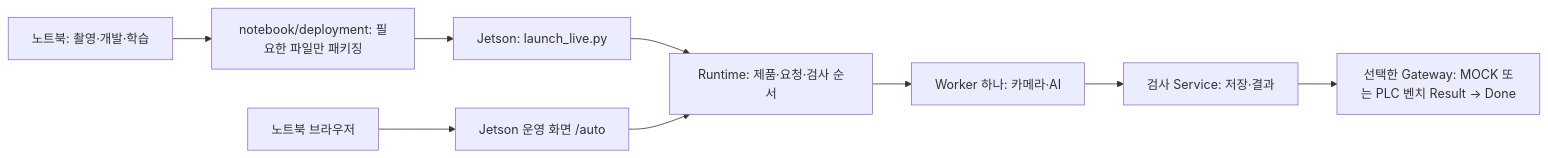
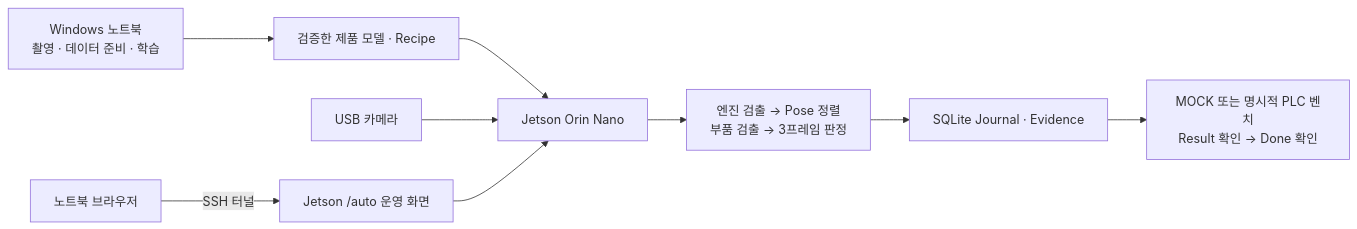
Before and after one commit to tmdgns104/Engine_Assembly_Defect_Inspector: the diagram in README.md, drawn with Mermaid. The commit also changed other lines of this file and 101 other files, not shown here.

Commit message:
Publish reproducible notebook and Jetson setup with current runtime models

````diff
--- a/README.md
+++ b/README.md
@@ -15,11 +27,11 @@
 ```mermaid
 flowchart LR
-  N[노트북: 촬영·개발·학습] --> P[notebook/deployment: 필요한 파일만 패키징]
-  P --> J[Jetson: launch_live.py]
-  J --> R[Runtime: 제품·요청·검사 순서]
-  R --> W[Worker 하나: 카메라·AI]
-  W --> S[검사 Service: 저장·결과]
-  S --> M[선택한 Gateway: MOCK 또는 PLC 벤치 Result → Done]
-  B[노트북 브라우저] --> H[Jetson 운영 화면 /auto]
-  H --> R
+    N[Windows 노트북<br/>촬영 · 데이터 준비 · 학습] --> P[검증한 제품 모델 · Recipe]
+    P --> J[Jetson Orin Nano]
+    C[USB 카메라] --> J
+    J --> E[엔진 검출 → Pose 정렬<br/>부품 검출 → 3프레임 판정]
+    E --> D[SQLite Journal · Evidence]
+    D --> G[MOCK 또는 명시적 PLC 벤치<br/>Result 확인 → Done 확인]
+    B[노트북 브라우저] -->|SSH 터널| H[Jetson /auto 운영 화면]
+    H --> J
 ```
````
